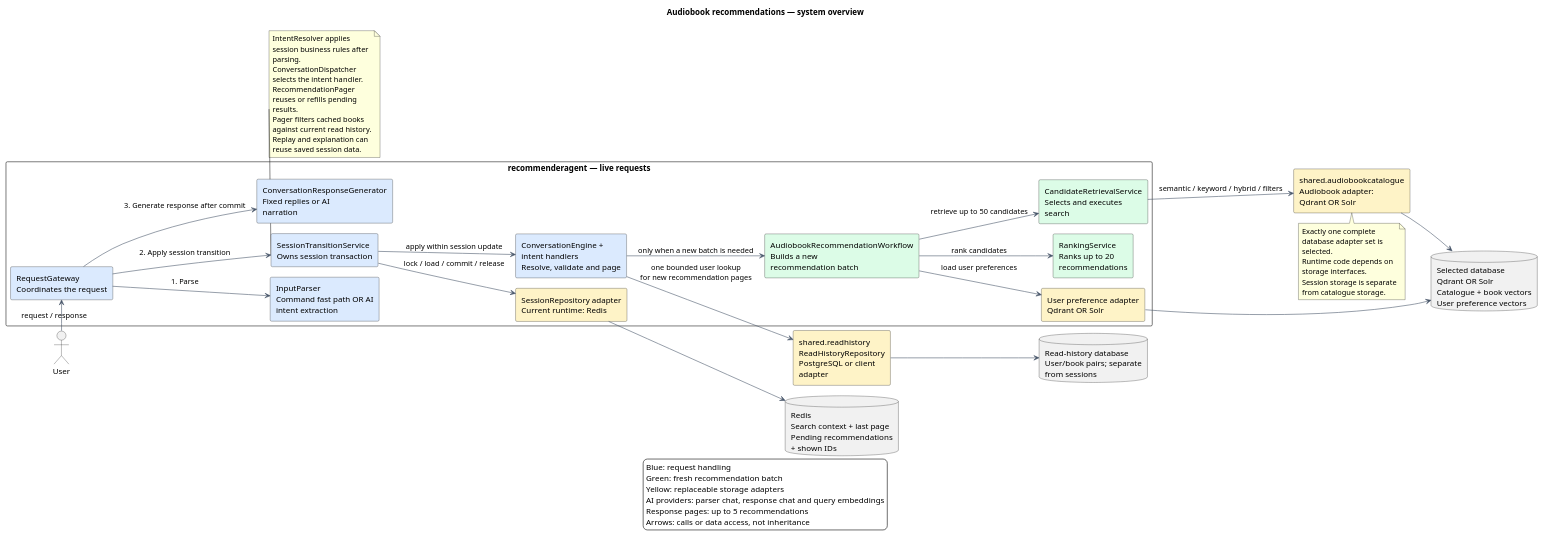
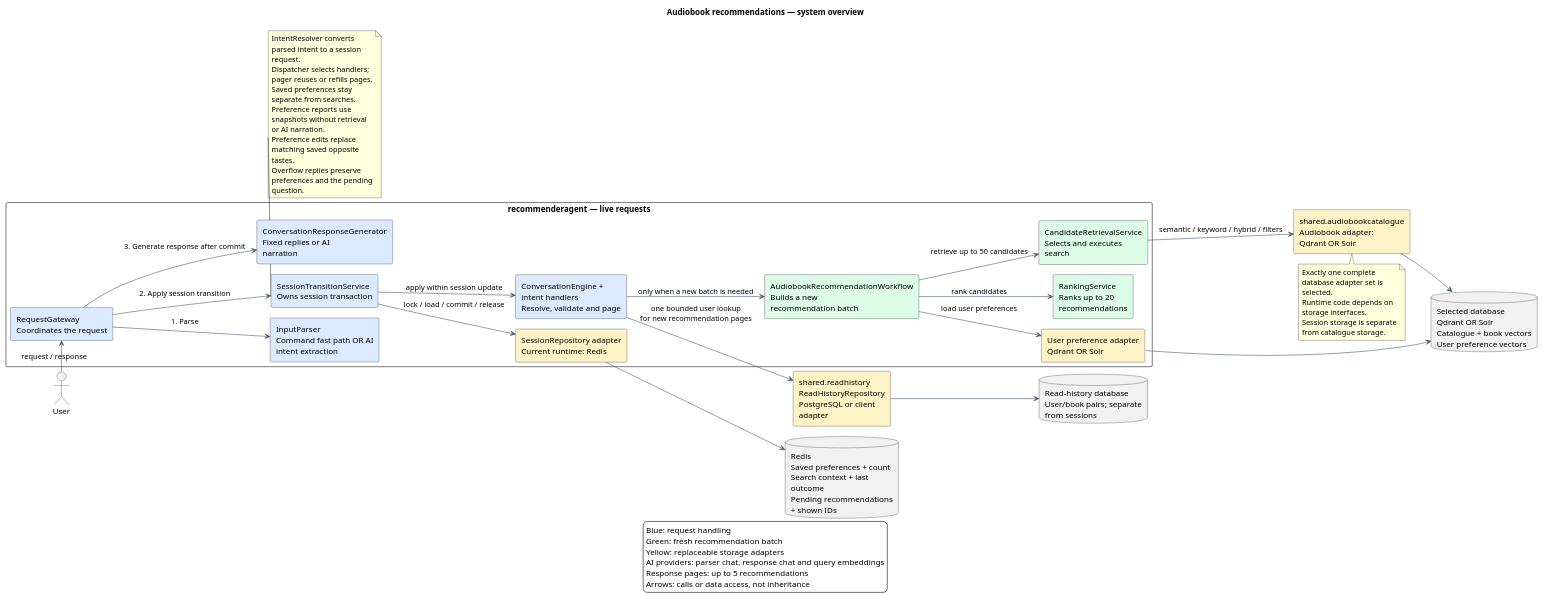
The diagram in docs/diagrams/system-overview.puml (Juliu9/IT-Project), drawn with PlantUML before and after one commit. The commit also changed 13 other files, not shown here.

Commit message:
Update documentation and diagrams for session preferences

```diff
--- a/docs/diagrams/system-overview.puml
+++ b/docs/diagrams/system-overview.puml
@@ -1,69 +1,70 @@
 @startuml
 !pragma layout smetana
 title Audiobook recommendations — system overview
 left to right direction
 skinparam backgroundColor #FFFFFF
 skinparam shadowing false
 skinparam componentStyle rectangle
 skinparam defaultFontName SansSerif
 skinparam ArrowColor #475569
 skinparam packageStyle rectangle
 skinparam wrapWidth 180
 
 actor User
 package "recommenderagent — live requests" {
   component "RequestGateway\nCoordinates the request" as Gateway #DBEAFE
   component "InputParser\nCommand fast path OR AI intent extraction" as Parser #DBEAFE
   component "SessionTransitionService\nOwns session transaction" as Session #DBEAFE
   component "ConversationEngine + intent handlers\nResolve, validate and page" as Engine #DBEAFE
   component "AudiobookRecommendationWorkflow\nBuilds a new recommendation batch" as Workflow #DCFCE7
   component "CandidateRetrievalService\nSelects and executes search" as Retrieval #DCFCE7
   component "RankingService\nRanks up to 20 recommendations" as Ranking #DCFCE7
   component "ConversationResponseGenerator\nFixed replies or AI narration" as Response #DBEAFE
   component "User preference adapter\nQdrant OR Solr" as UserAdapter #FEF3C7
   component "SessionRepository adapter\nCurrent runtime: Redis" as SessionStore #FEF3C7
 }
 component "shared.audiobookcatalogue\nAudiobook adapter: Qdrant OR Solr" as Adapter #FEF3C7
 component "shared.readhistory\nReadHistoryRepository\nPostgreSQL or client adapter" as ReadHistory #FEF3C7
 database "Selected database\nQdrant OR Solr\nCatalogue + book vectors\nUser preference vectors" as Qdrant
-database "Redis\nSearch context + last page\nPending recommendations + shown IDs" as Redis
+database "Redis\nSaved preferences + count\nSearch context + last outcome\nPending recommendations + shown IDs" as Redis
 database "Read-history database\nUser/book pairs; separate from sessions" as HistoryDatabase
 
 User -right-> Gateway : request / response
 Gateway --> Parser : 1. Parse
 Gateway --> Session : 2. Apply session transition
 Session --> SessionStore : lock / load / commit / release
 SessionStore --> Redis
 Session --> Engine : apply within session update
 Engine --> ReadHistory : one bounded user lookup\nfor new recommendation pages
 ReadHistory --> HistoryDatabase
 Engine --> Workflow : only when a new batch is needed
 Workflow --> UserAdapter : load user preferences
 UserAdapter --> Qdrant
 Workflow --> Retrieval : retrieve up to 50 candidates
 Retrieval --> Adapter : semantic / keyword / hybrid / filters
 Adapter --> Qdrant
 Workflow --> Ranking : rank candidates
 Gateway --> Response : 3. Generate response after commit
 
 note bottom of Session
-  IntentResolver applies session business rules after parsing.
-  ConversationDispatcher selects the intent handler.
-  RecommendationPager reuses or refills pending results.
-  Pager filters cached books against current read history.
-  Replay and explanation can reuse saved session data.
+  IntentResolver converts parsed intent to a session request.
+  Dispatcher selects handlers; pager reuses or refills pages.
+  Saved preferences stay separate from searches.
+  Preference reports use snapshots without retrieval or AI narration.
+  Preference edits replace matching saved opposite tastes.
+  Overflow replies preserve preferences and the pending question.
 end note
 note bottom of Adapter
   Exactly one complete database adapter set is selected.
   Runtime code depends on storage interfaces.
   Session storage is separate from catalogue storage.
 end note
 legend bottom
   Blue: request handling
   Green: fresh recommendation batch
   Yellow: replaceable storage adapters
   AI providers: parser chat, response chat and query embeddings
   Response pages: up to 5 recommendations
   Arrows: calls or data access, not inheritance
 endlegend
 @enduml
```
